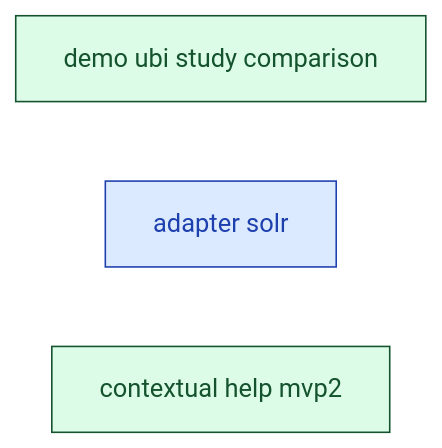
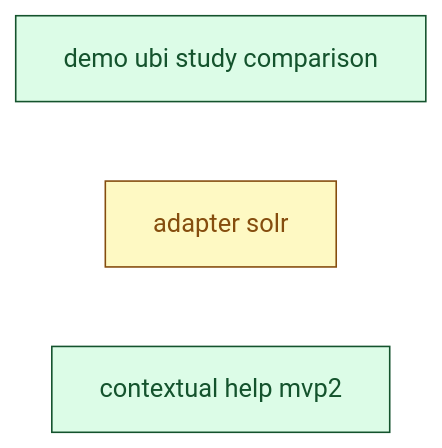
Before and after one commit to SoundMindsAI/relyloop: the diagram in docs/00_overview/MVP2_DASHBOARD.md, drawn with Mermaid. The commit also changed other lines of this file and 3 other files, not shown here.

````diff
--- a/docs/00_overview/MVP2_DASHBOARD.md
+++ b/docs/00_overview/MVP2_DASHBOARD.md
@@ -82,14 +82,14 @@
 ```mermaid
 graph LR
   classDef done fill:#dcfce7,stroke:#14532d,color:#14532d;
   classDef implement fill:#ffedd5,stroke:#9a3412,color:#9a3412;
   classDef plan fill:#fef9c3,stroke:#854d0e,color:#854d0e;
   classDef spec fill:#dbeafe,stroke:#1e40af,color:#1e40af;
   classDef idea fill:#f1f5f9,stroke:#334155,color:#334155;
   feat_demo_ubi_study_comparison["demo ubi study comparison"]
   class feat_demo_ubi_study_comparison done;
   infra_adapter_solr["adapter solr"]
-  class infra_adapter_solr spec;
+  class infra_adapter_solr plan;
   feat_contextual_help_mvp2["contextual help mvp2"]
   class feat_contextual_help_mvp2 done;
 ```
````
